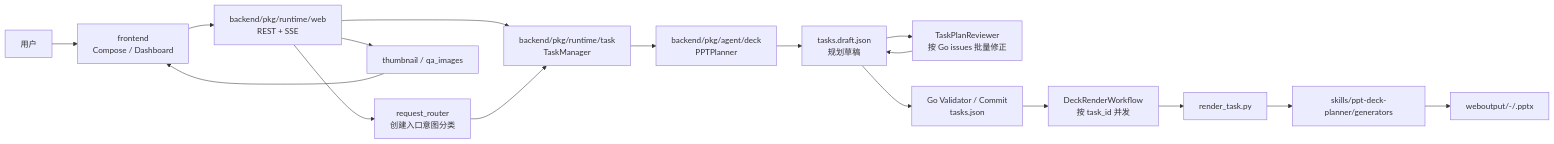
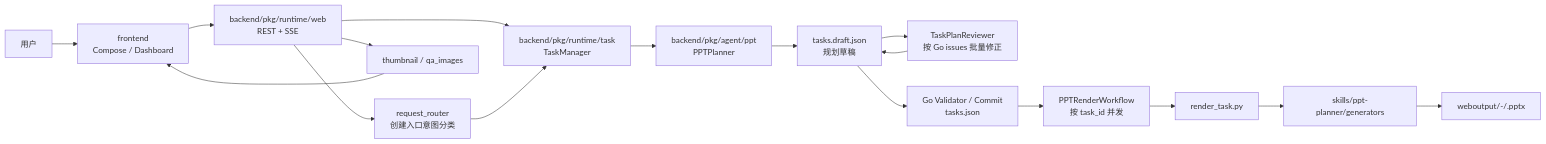
The diagram in docs/architecture/ppt-agent-architecture-scope.md (xiaobaicai66695/ppt-agent), drawn with Mermaid before and after one commit. The commit also changed other lines of this file and 313 other files, not shown here.

````diff
--- a/docs/architecture/ppt-agent-architecture-scope.md
+++ b/docs/architecture/ppt-agent-architecture-scope.md
@@ -17,19 +17,19 @@
 ```mermaid
 flowchart LR
   U["用户"] --> F["frontend<br/>Compose / Dashboard"]
   F --> W["backend/pkg/runtime/web<br/>REST + SSE"]
   W --> TM["backend/pkg/runtime/task<br/>TaskManager"]
   W --> CR["request_router<br/>创建入口意图分类"]
   CR --> TM
-  TM --> PL["backend/pkg/agent/deck<br/>PPTPlanner"]
+  TM --> PL["backend/pkg/agent/ppt<br/>PPTPlanner"]
   PL --> D["tasks.draft.json<br/>规划草稿"]
   D --> RV["TaskPlanReviewer<br/>按 Go issues 批量修正"]
   RV --> D
   D --> M["Go Validator / Commit<br/>tasks.json"]
-  M --> DR["DeckRenderWorkflow<br/>按 task_id 并发"]
+  M --> DR["PPTRenderWorkflow<br/>按 task_id 并发"]
   DR --> PY["render_task.py"]
-  PY --> G["skills/ppt-deck-planner/generators"]
+  PY --> G["skills/ppt-planner/generators"]
   G --> O["weboutput/<user>-<task>/<page>.pptx"]
   W --> TH["thumbnail / qa_images"]
   TH --> F
 ```
````
